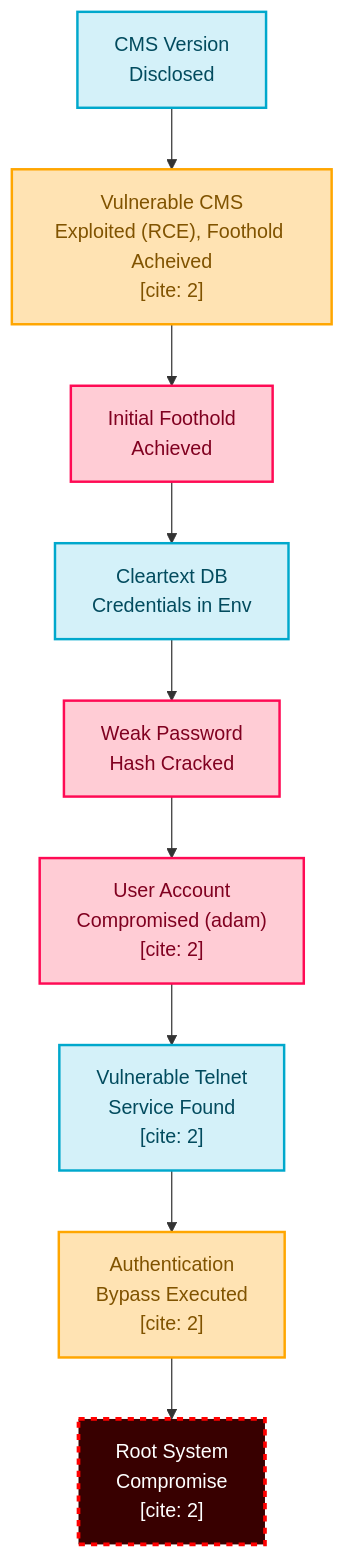
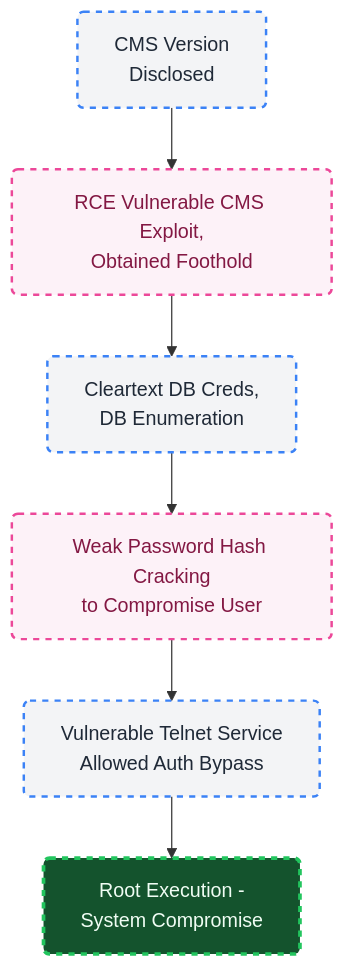
One commit to dact91/CTF-Writeups changed the diagram in Orion_HTB/orion.md. Above: the diagram before and after it, drawn with Mermaid.

````diff
--- a/Orion_HTB/orion.md
+++ b/Orion_HTB/orion.md
@@ -11,23 +11,18 @@
 ```mermaid.js
 graph TD
-    A["CMS Version<br>Disclosed<br>"] --> B["Vulnerable CMS<br>Exploited (RCE), Foothold Acheived<br>[cite: 2]"]
-    B --> C["Initial Foothold<br>Achieved<br>"]
-    C --> D["Cleartext DB<br>Credentials in Env<br>"]
-    D --> E["Weak Password<br>Hash Cracked<br>"]
-    E --> F["User Account<br>Compromised (adam)<br>[cite: 2]"]
-    F --> G["Vulnerable Telnet<br>Service Found<br>[cite: 2]"]
-    G --> H["Authentication<br>Bypass Executed<br>[cite: 2]"]
-    H --> I["Root System<br>Compromise<br>[cite: 2]"]
-    
-    %% Class Definitions
-    classDef discovery fill:#d4f1f9,stroke:#00a8cc,stroke-width:2px,color:#024b5e;
-    classDef exploitation fill:#ffe3b3,stroke:#ffa600,stroke-width:2px,color:#805300;
-    classDef compromise fill:#ffccd5,stroke:#ff0a54,stroke-width:2px,color:#800020;
-    classDef finalGoal fill:#380000,stroke:#ff0000,stroke-width:3px,color:#ffffff,stroke-dasharray: 5 5;
-    
+    A["CMS Version<br>Disclosed"] --> B["RCE Vulnerable CMS Exploit,<br>Obtained Foothold"]
+    B --> C["Cleartext DB Creds,<br>DB Enumeration"]
+    C --> D["Weak Password Hash Cracking<br>to Compromise User"]
+    D --> E["Vulnerable Telnet Service<br>Allowed Auth Bypass"]
+    E --> F["Root Execution -<br>System Compromise"]
+
+    %% Custom Color Scheme
+    classDef recon fill:#f3f4f6,stroke:#3b82f6,stroke-width:2px,color:#1f2937,rx:5,ry:5;
+    classDef exploit fill:#fdf2f8,stroke:#ec4899,stroke-width:2px,color:#831843,rx:5,ry:5;
+    classDef root fill:#14532d,stroke:#22c55e,stroke-width:3px,color:#f0fdf4,stroke-dasharray: 5 5,rx:5,ry:5;
+
     %% Assigning Classes
-    class A,D,G discovery;
-    class B,H exploitation;
-    class C,E,F compromise;
-    class I finalGoal;
+    class A,C,E recon;
+    class B,D exploit;
+    class F root;
 ```
````
